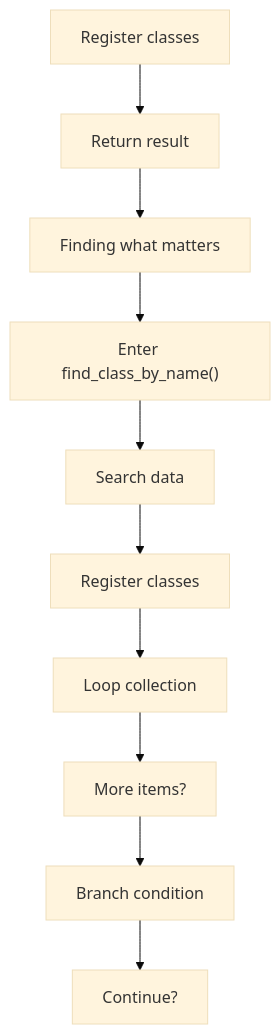
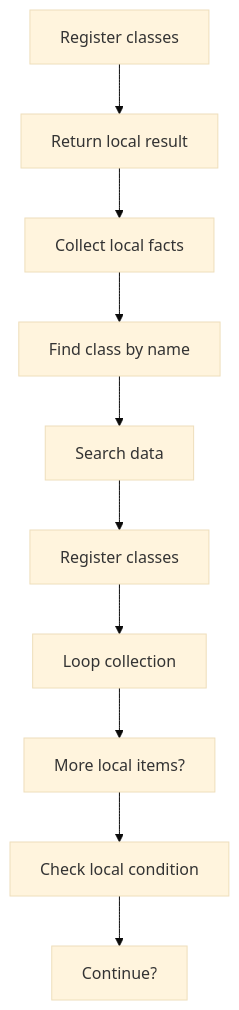
The second of 8 diagrams in docs/Codebase/Microservice/Modules/Source/Analysis/ImplementationUse/Resolution/Symbols/Query/Flow/symbols_queries_program_flow.cpp.md (JohnAndrewBalbarosa/NeoTerritory), drawn with Mermaid (base theme) before and after one commit. The commit also changed other lines of this file and 915 other files, not shown here.

````diff
--- a/docs/Codebase/Microservice/Modules/Source/Analysis/ImplementationUse/Resolution/Symbols/Query/Flow/symbols_queries_program_flow.cpp.md
+++ b/docs/Codebase/Microservice/Modules/Source/Analysis/ImplementationUse/Resolution/Symbols/Query/Flow/symbols_queries_program_flow.cpp.md
@@ -41,22 +41,22 @@
 ```mermaid
 flowchart TD
     N0["Register classes"]
-    N1["Return result"]
-    N2["Finding what matters"]
-    N3["Enter find_class_by_name()"]
+    N1["Return local result"]
+    N2["Collect local facts"]
+    N3["Find class by name"]
     N4["Search data"]
     N5["Register classes"]
     N6["Loop collection"]
-    N7["More items?"]
-    N8["Branch condition"]
+    N7["More local items?"]
+    N8["Check local condition"]
     N9["Continue?"]
     N0 --> N1
     N1 --> N2
     N2 --> N3
     N3 --> N4
     N4 --> N5
     N5 --> N6
     N6 --> N7
     N7 --> N8
     N8 --> N9
 ```
````
